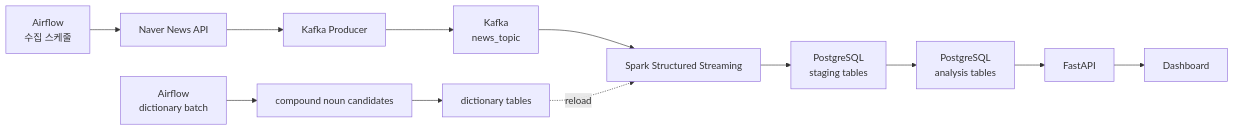
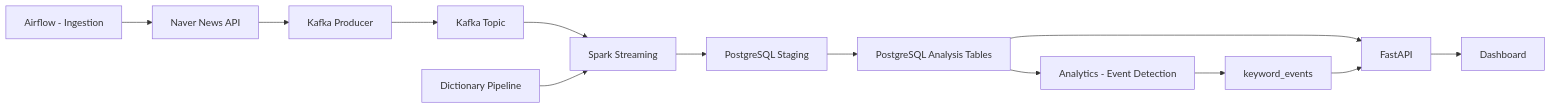
Before and after one commit to yeongmin-yu/news-trend-pipeline-dev: the diagram in README_REFACTOR.md, drawn with Mermaid. The commit also changed other lines of this file, not shown here.

Commit message:
docs: finalize README architecture and pipeline diagram

````diff
--- a/README_REFACTOR.md
+++ b/README_REFACTOR.md
@@ -29,15 +25,19 @@
 ```mermaid
 flowchart LR
-    A["Airflow<br/>수집 스케줄"] --> B["Naver News API"]
-    B --> C["Kafka Producer"]
-    C --> D["Kafka<br/>news_topic"]
-    D --> E["Spark Structured Streaming"]
-    E --> F["PostgreSQL<br/>staging tables"]
-    F --> G["PostgreSQL<br/>analysis tables"]
-    G --> H["FastAPI"]
-    H --> I["Dashboard"]
+    A[Airflow - Ingestion] --> B[Naver News API]
+    B --> C[Kafka Producer]
+    C --> D[Kafka Topic]
+    D --> E[Spark Streaming]
+    E --> F[PostgreSQL Staging]
+    F --> G[PostgreSQL Analysis Tables]
 
-    J["Airflow<br/>dictionary batch"] --> K["compound noun candidates"]
-    K --> L["dictionary tables"]
-    L -. reload .-> E
+    G --> H[Analytics - Event Detection]
+    H --> I[keyword_events]
+
+    G --> J[FastAPI]
+    I --> J
+
+    J --> K[Dashboard]
+
+    L[Dictionary Pipeline] --> E
 ```
````
